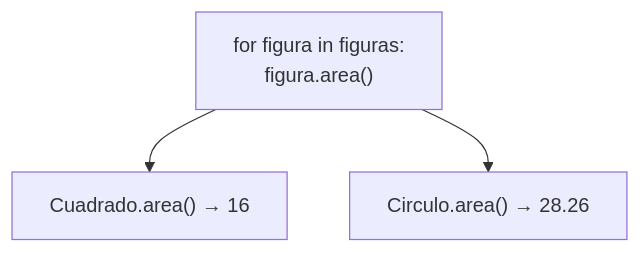
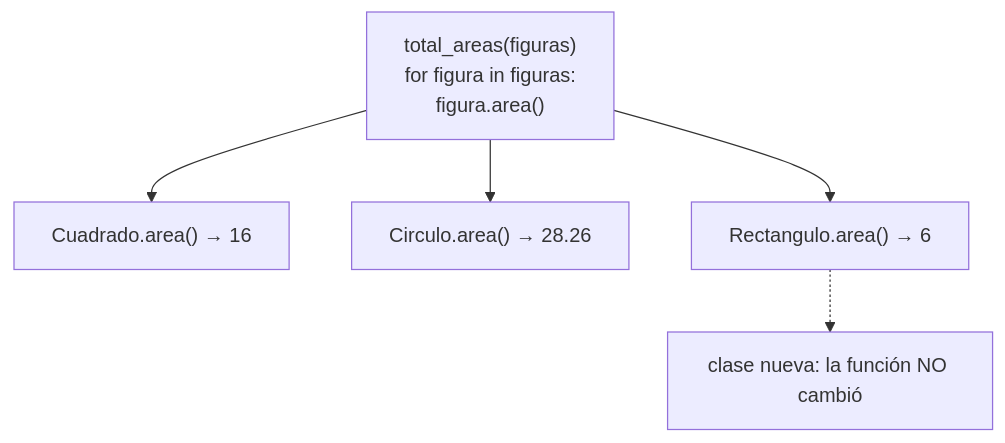
One commit to BenjaminGhiggo/aprendiendo-ddd-con-python-y-fastapi changed the second of 2 diagrams in lecciones/11-polimorfismo/README.md. Above: the diagram before and after it, drawn with Mermaid. The commit also changed other lines of this file and 21 other files, not shown here.

````diff
--- a/lecciones/11-polimorfismo/README.md
+++ b/lecciones/11-polimorfismo/README.md
@@ -33,5 +334,7 @@
 ```mermaid
 flowchart TD
-    F["for figura in figuras:<br/>figura.area()"] --> C["Cuadrado.area() → 16"]
+    F["total_areas(figuras)<br/>for figura in figuras:<br/>figura.area()"] --> C["Cuadrado.area() → 16"]
     F --> R["Circulo.area() → 28.26"]
+    F --> T["Rectangulo.area() → 6"]
+    T -.-> N["clase nueva: la función NO cambió"]
 ```
````
